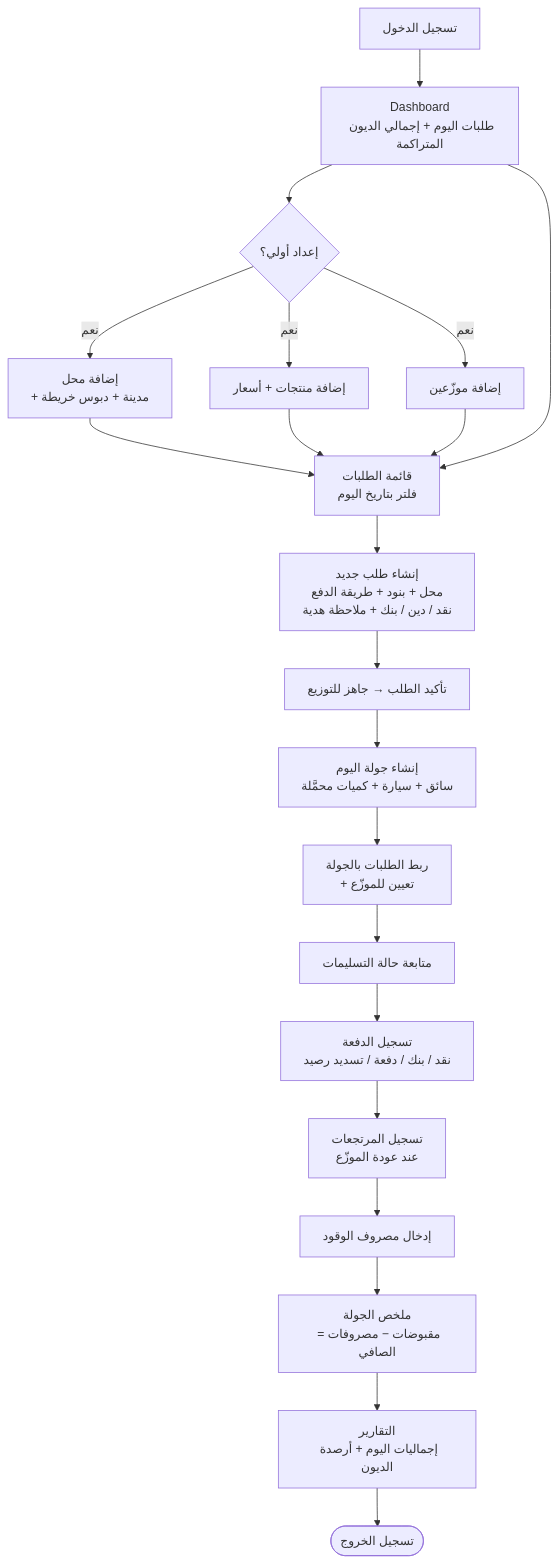
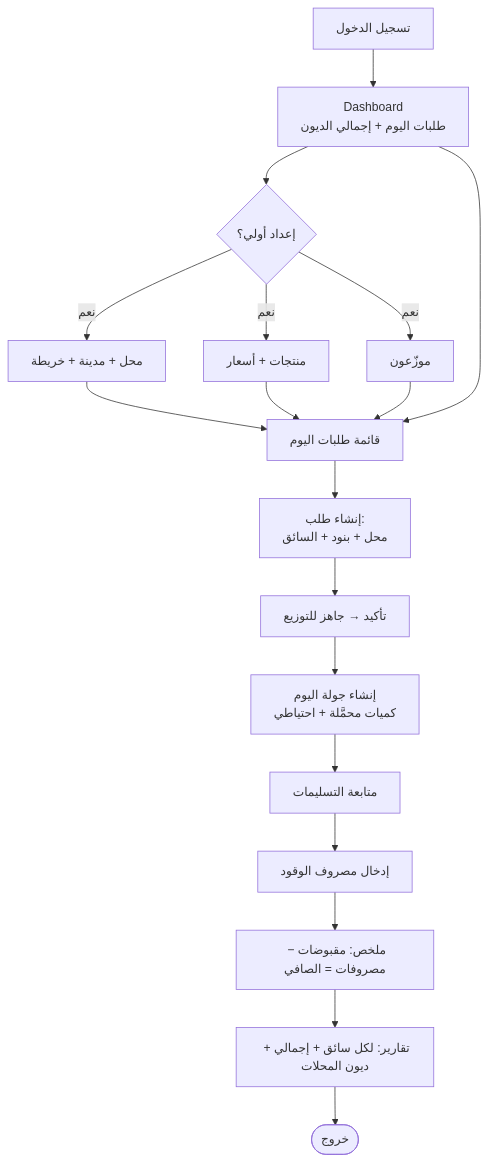
One commit to bittarwork/Bakery-management-system_BMS changed the first of 2 diagrams in MAIN-Plan.md. Above: the diagram before and after it, drawn with Mermaid. The commit also changed other lines of this file, not shown here.

First line of the commit message:
Update MAIN-Plan to version 3.0, refining operational insights and feature roadmap

````diff
--- a/MAIN-Plan.md
+++ b/MAIN-Plan.md
@@ -315,23 +254,18 @@
 ```mermaid
 flowchart TD
-    L[تسجيل الدخول] --> DA[Dashboard\nطلبات اليوم + إجمالي الديون المتراكمة]
-
+    L[تسجيل الدخول] --> DA[Dashboard\nطلبات اليوم + إجمالي الديون]
     DA --> SETUP{إعداد أولي؟}
-    SETUP -->|نعم| S1[إضافة محل\n+ مدينة + دبوس خريطة]
-    SETUP -->|نعم| S2[إضافة منتجات + أسعار]
-    SETUP -->|نعم| S3[إضافة موزّعين]
+    SETUP -->|نعم| S1[محل + مدينة + خريطة]
+    SETUP -->|نعم| S2[منتجات + أسعار]
+    SETUP -->|نعم| S3[موزّعون]
     S1 & S2 & S3 --> DAILY
-
-    DA --> DAILY[قائمة الطلبات\nفلتر بتاريخ اليوم]
-    DAILY --> O1[إنشاء طلب جديد\nمحل + بنود + طريقة الدفع\nنقد / دين / بنك + ملاحظة هدية]
-    O1 --> O2[تأكيد الطلب → جاهز للتوزيع]
-    O2 --> RR[إنشاء جولة اليوم\nسائق + سيارة + كميات محمَّلة]
-    RR --> ASSIGN[ربط الطلبات بالجولة\n+ تعيين للموزّع]
-    ASSIGN --> MONITOR[متابعة حالة التسليمات]
-    MONITOR --> PAY[تسجيل الدفعة\nنقد / بنك / دفعة / تسديد رصيد]
-    PAY --> RET[تسجيل المرتجعات\nعند عودة الموزّع]
-    RET --> EXP[إدخال مصروف الوقود]
-    EXP --> SUMMARY[ملخص الجولة\nمقبوضات − مصروفات = الصافي]
-    SUMMARY --> REP[التقارير\nإجماليات اليوم + أرصدة الديون]
-    REP --> END([تسجيل الخروج])
+    DA --> DAILY[قائمة طلبات اليوم]
+    DAILY --> O1[إنشاء طلب:\nمحل + بنود + السائق]
+    O1 --> O2[تأكيد → جاهز للتوزيع]
+    O2 --> RR[إنشاء جولة اليوم\nكميات محمَّلة + احتياطي]
+    RR --> MONITOR[متابعة التسليمات]
+    MONITOR --> EXP[إدخال مصروف الوقود]
+    EXP --> SUMMARY[ملخص: مقبوضات − مصروفات = الصافي]
+    SUMMARY --> REP[تقارير: لكل سائق + إجمالي + ديون المحلات]
+    REP --> END([خروج])
 ```
````
